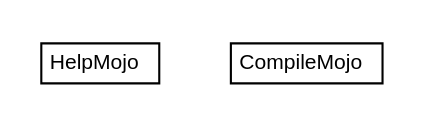
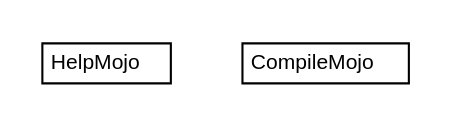
Before and after one commit to trajano/jetng: the diagram in jetng-maven-plugin/apidocs/net/trajano/mojo/jetng/net.trajano.mojo.jetng.dot, drawn with Graphviz. The commit also changed 74 other files, not shown here.

```diff
--- a/jetng-maven-plugin/apidocs/net/trajano/mojo/jetng/net.trajano.mojo.jetng.dot
+++ b/jetng-maven-plugin/apidocs/net/trajano/mojo/jetng/net.trajano.mojo.jetng.dot
@@ -1,24 +1,24 @@
 #!/usr/local/bin/dot
 #
 # Class diagram 
 # Generated by UMLGraph version R5_6-24-gf6e263 (http://www.umlgraph.org/)
 #
 
 digraph G {
-	edge [fontname="arial",fontsize=10,labelfontname="arial",labelfontsize=10];
-	node [fontname="arial",fontsize=10,shape=plaintext];
+	edge [fontname="Helvetica",fontsize=10,labelfontname="Helvetica",labelfontsize=10];
+	node [fontname="Helvetica",fontsize=10,shape=plaintext];
 	nodesep=0.25;
 	ranksep=0.5;
 	// net.trajano.mojo.jetng.HelpMojo
 	c0 [label=<<table title="net.trajano.mojo.jetng.HelpMojo" border="0" cellborder="1" cellspacing="0" cellpadding="2" port="p" href="./HelpMojo.html">
 		<tr><td><table border="0" cellspacing="0" cellpadding="1">
 <tr><td align="center" balign="center"> HelpMojo </td></tr>
 		</table></td></tr>
-		</table>>, URL="./HelpMojo.html", fontname="arial", fontcolor="black", fontsize=10.0];
+		</table>>, URL="./HelpMojo.html", fontname="Helvetica", fontcolor="black", fontsize=10.0];
 	// net.trajano.mojo.jetng.CompileMojo
 	c1 [label=<<table title="net.trajano.mojo.jetng.CompileMojo" border="0" cellborder="1" cellspacing="0" cellpadding="2" port="p" href="./CompileMojo.html">
 		<tr><td><table border="0" cellspacing="0" cellpadding="1">
 <tr><td align="center" balign="center"> CompileMojo </td></tr>
 		</table></td></tr>
-		</table>>, URL="./CompileMojo.html", fontname="arial", fontcolor="black", fontsize=10.0];
+		</table>>, URL="./CompileMojo.html", fontname="Helvetica", fontcolor="black", fontsize=10.0];
 }
```
